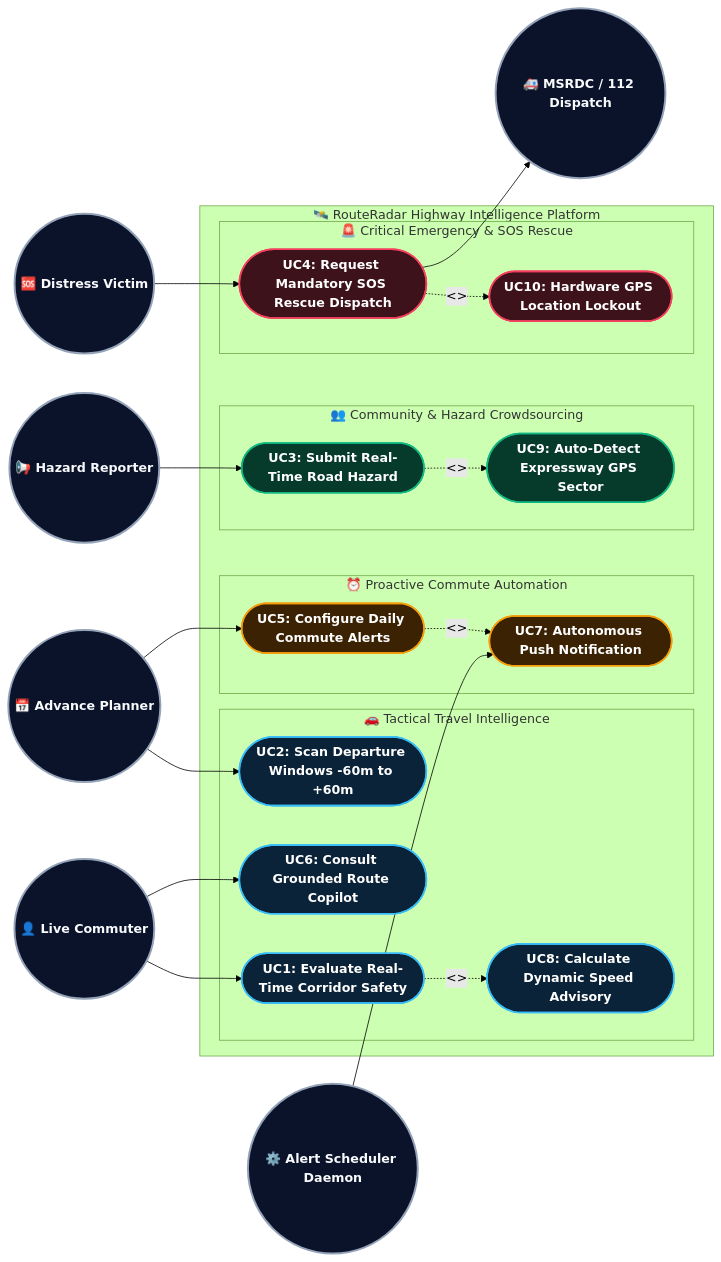
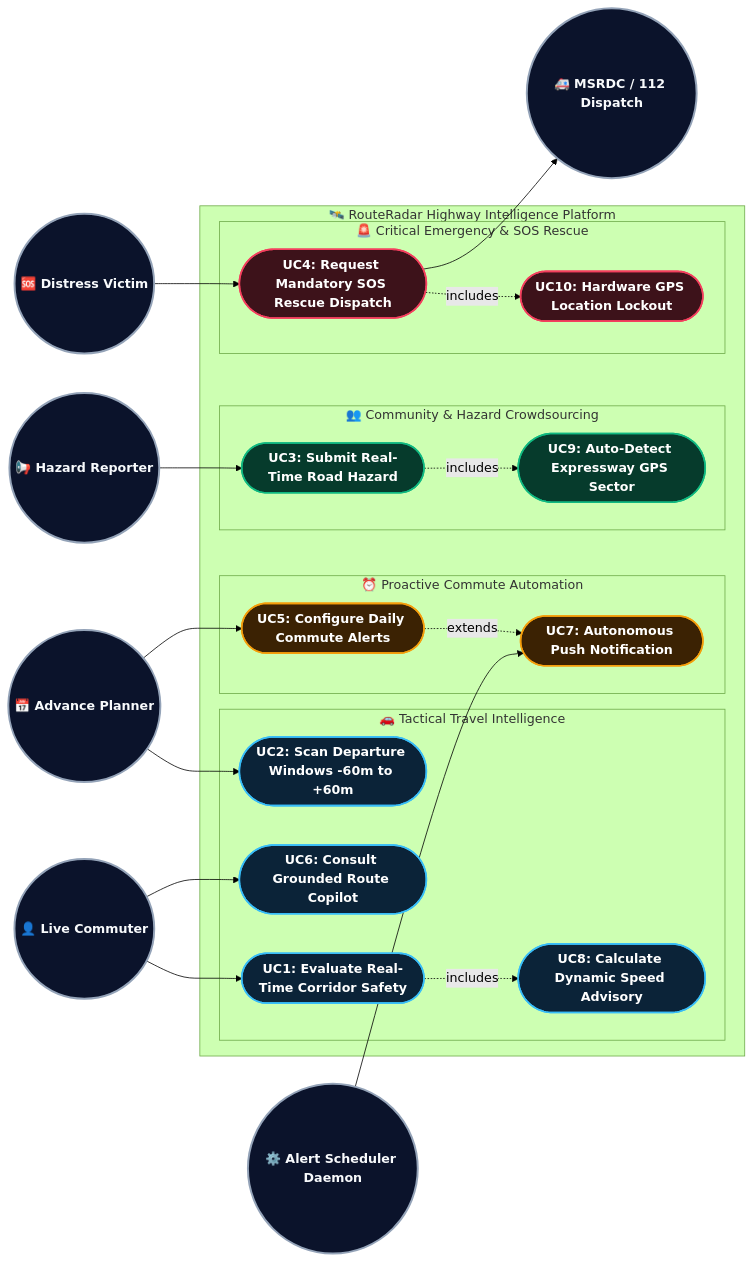
The sixth of 17 diagrams in MUMBAI_PUNE_TRAVEL_INTELLIGENCE_MASTER_REPORT.md (daredevil2304/traveladvisory), drawn with Mermaid (forest theme) before and after one commit. The commit also changed other lines of this file and 9 other files, not shown here.

First line of the commit message:
fix(deploy): finalize Render deployment configuration & eliminate all Mermaid syntax errors

````diff
--- a/MUMBAI_PUNE_TRAVEL_INTELLIGENCE_MASTER_REPORT.md
+++ b/MUMBAI_PUNE_TRAVEL_INTELLIGENCE_MASTER_REPORT.md
@@ -430,60 +430,60 @@
 ```mermaid
 flowchart LR
     classDef actor fill:#0B132B,stroke:#94A3B8,stroke-width:2.5px,color:#F8FAFC,font-weight:bold
     classDef ops fill:#0B2338,stroke:#38BDF8,stroke-width:2px,color:#FFFFFF,font-weight:bold
     classDef crowd fill:#063B2C,stroke:#10B981,stroke-width:2px,color:#FFFFFF,font-weight:bold
     classDef emer fill:#3D121A,stroke:#F43F5E,stroke-width:2px,color:#FFFFFF,font-weight:bold
     classDef sched fill:#3B2203,stroke:#F59E0B,stroke-width:2px,color:#FFFFFF,font-weight:bold
 
     %% Human Commuters (Left Side)
     Commuter(("👤 Live Commuter")):::actor
     Planner(("📅 Advance Planner")):::actor
     Reporter(("📢 Hazard Reporter")):::actor
     Victim(("🆘 Distress Victim")):::actor
 
     subgraph Platform["🛰️ RouteRadar Highway Intelligence Platform"]
         subgraph GroupOps["🚗 Tactical Travel Intelligence"]
             UC1(["UC1: Evaluate Real-Time Corridor Safety"]):::ops
             UC2(["UC2: Scan Departure Windows -60m to +60m"]):::ops
             UC6(["UC6: Consult Grounded Route Copilot"]):::ops
             UC8(["UC8: Calculate Dynamic Speed Advisory"]):::ops
         end
 
         subgraph GroupCrowd["👥 Community & Hazard Crowdsourcing"]
             UC3(["UC3: Submit Real-Time Road Hazard"]):::crowd
             UC9(["UC9: Auto-Detect Expressway GPS Sector"]):::crowd
         end
 
         subgraph GroupEmergency["🚨 Critical Emergency & SOS Rescue"]
             UC4(["UC4: Request Mandatory SOS Rescue Dispatch"]):::emer
             UC10(["UC10: Hardware GPS Location Lockout"]):::emer
         end
 
         subgraph GroupSchedule["⏰ Proactive Commute Automation"]
             UC5(["UC5: Configure Daily Commute Alerts"]):::sched
             UC7(["UC7: Autonomous Push Notification"]):::sched
         end
     end
 
     %% External Systems & Emergency Actors (Right Side)
     Dispatcher(("🚑 MSRDC / 112 Dispatch")):::actor
     Daemon(("⚙️ Alert Scheduler Daemon")):::actor
 
     %% Clean Commuter Associations
     Commuter --> UC1
     Commuter --> UC6
     Planner --> UC2
     Planner --> UC5
     Reporter --> UC3
     Victim --> UC4
 
     %% Include / Extend Relationships
-    UC1 -.->|"<<include>>"| UC8
-    UC3 -.->|"<<include>>"| UC9
-    UC4 -.->|"<<include>>"| UC10
-    UC5 -.->|"<<extend>>"| UC7
+    UC1 -.->|includes| UC8
+    UC3 -.->|includes| UC9
+    UC4 -.->|includes| UC10
+    UC5 -.->|extends| UC7
 
     %% External System Associations
     UC4 --> Dispatcher
     Daemon --> UC7
 ```
````
